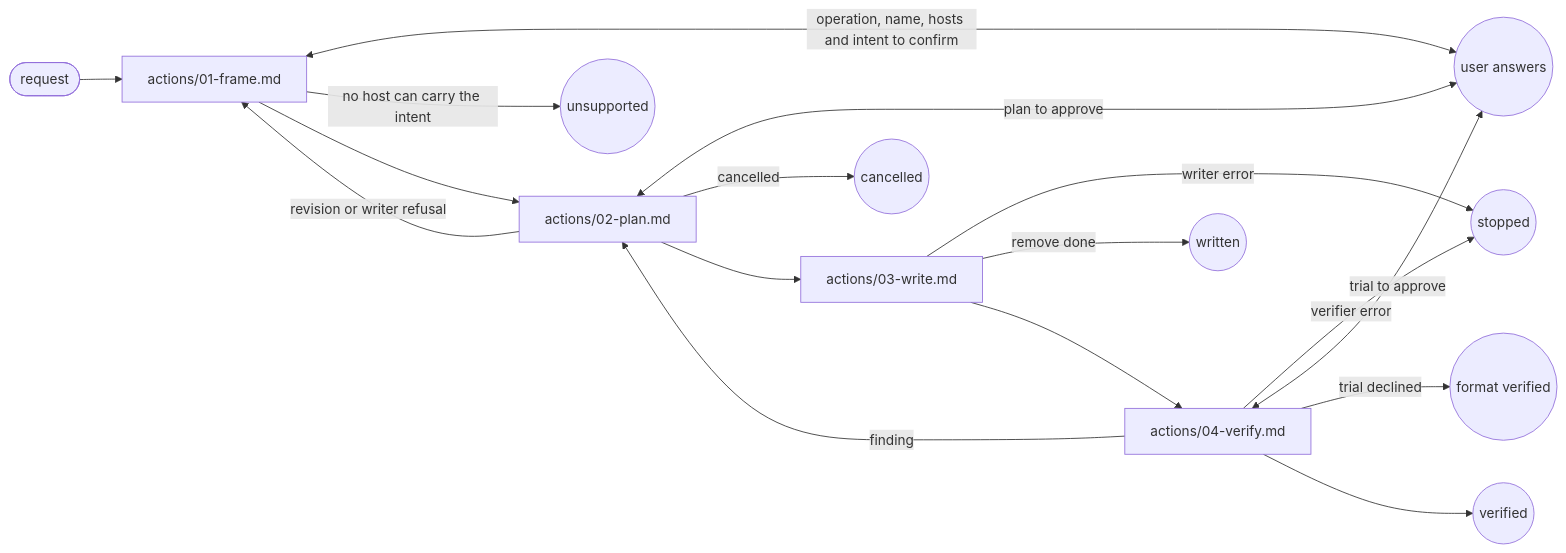
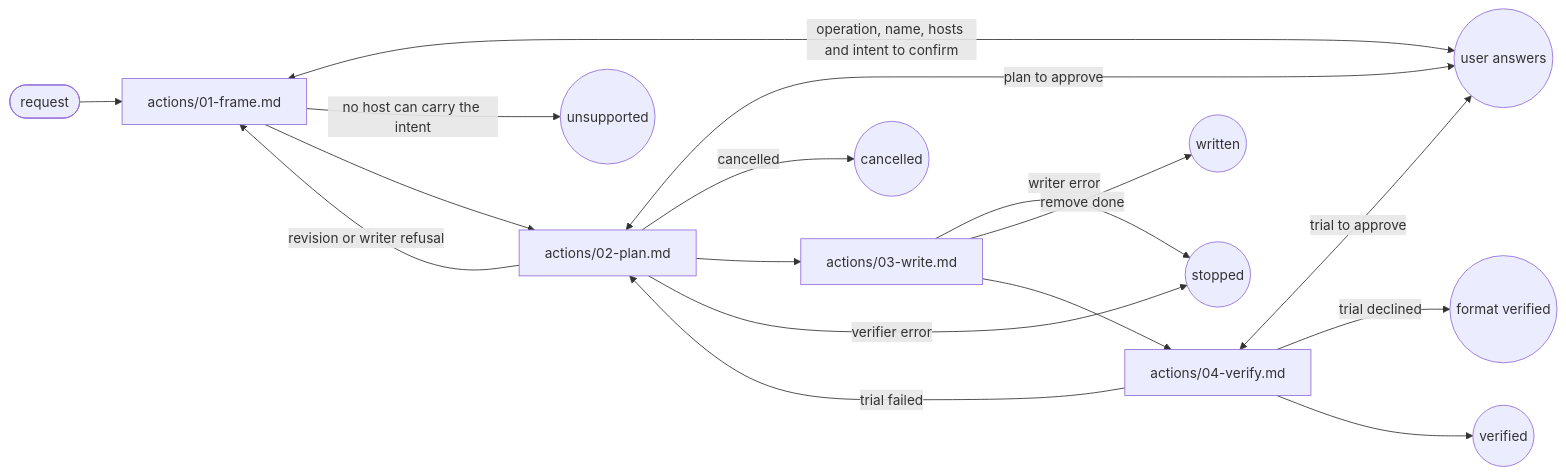
Before and after one commit to ai-driven-dev/framework: the diagram in plugins/aidd-context/skills/08-hook-generate/SKILL.md, drawn with Mermaid. The commit also changed 6 other files, not shown here.

````diff
--- a/plugins/aidd-context/skills/08-hook-generate/SKILL.md
+++ b/plugins/aidd-context/skills/08-hook-generate/SKILL.md
@@ -9,19 +9,19 @@
 ```mermaid
 flowchart LR
   entry([request]) --> frame["actions/01-frame.md"]
   frame <-->|"operation, name, hosts and intent to confirm"| user((user answers))
   frame -->|"no host can carry the intent"| unsupported((unsupported))
   frame --> plan["actions/02-plan.md"]
   plan <-->|"plan to approve"| user
   plan -->|"revision or writer refusal"| frame
   plan -->|"cancelled"| cancelled((cancelled))
   plan --> write["actions/03-write.md"]
   write -->|"writer error"| stopped((stopped))
   write -->|"remove done"| done((written))
+  plan -->|"verifier error"| stopped
   write --> verify["actions/04-verify.md"]
-  verify -->|"finding"| plan
-  verify -->|"verifier error"| stopped
+  verify -->|"trial failed"| plan
   verify <-->|"trial to approve"| user
   verify -->|"trial declined"| unverified((format verified))
   verify --> verified((verified))
 ```
````
